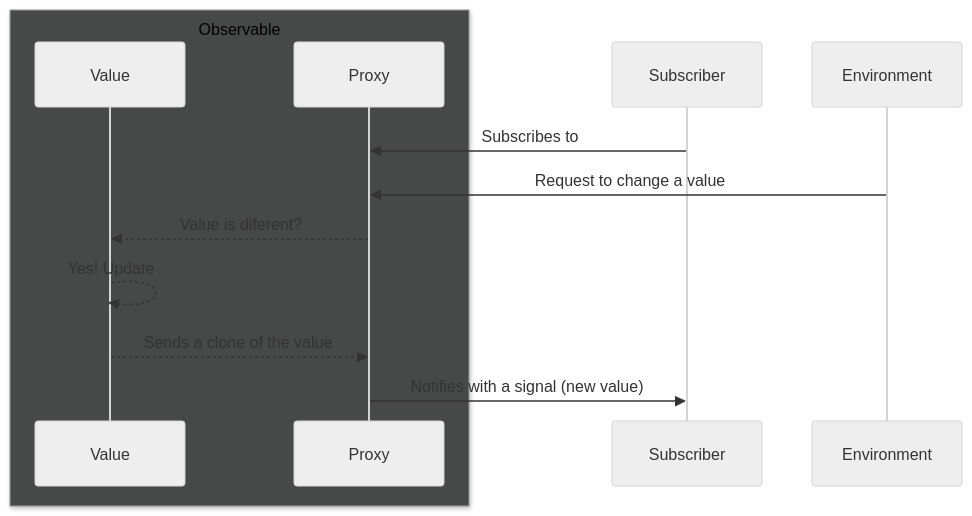
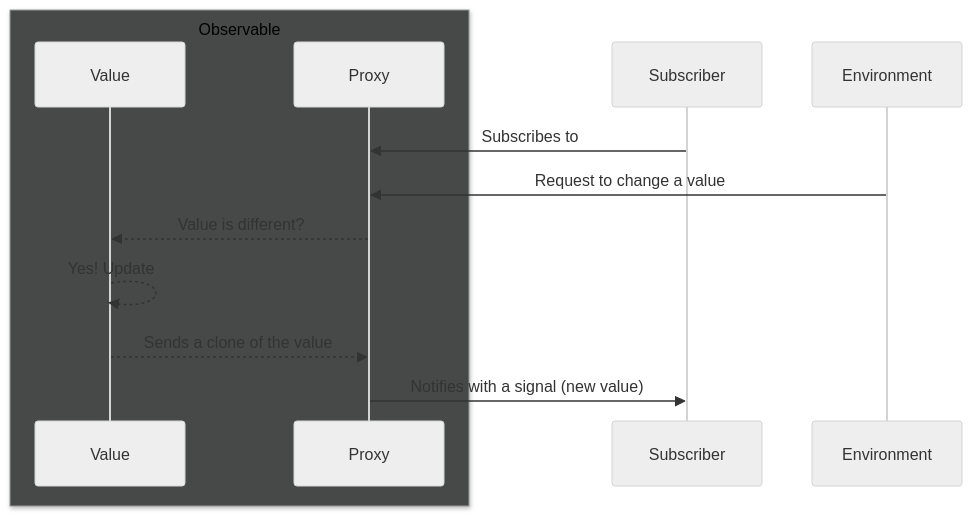
One commit to michijs/michijs changed the third of 4 diagrams in README.md. Above: the diagram before and after it, drawn with Mermaid (neutral theme). The commit also changed other lines of this file, not shown here.

````diff
--- a/README.md
+++ b/README.md
@@ -311,13 +311,13 @@
 ```mermaid
 sequenceDiagram
     box rgb(71,73,73) Observable
     participant Value
     participant Proxy
     end
     Subscriber->>Proxy: Subscribes to
     Environment->>Proxy: Request to change a value
-    Proxy-->>Value: Value is diferent?
+    Proxy-->>Value: Value is different?
     Value-->>Value: Yes! Update
     Value-->>Proxy: Sends a clone of the value
     Proxy->>Subscriber: Notifies with a signal (new value)
 ```
````
